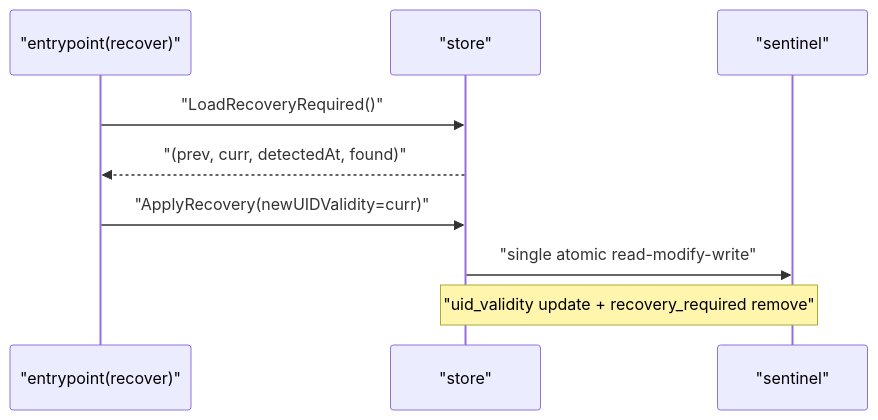
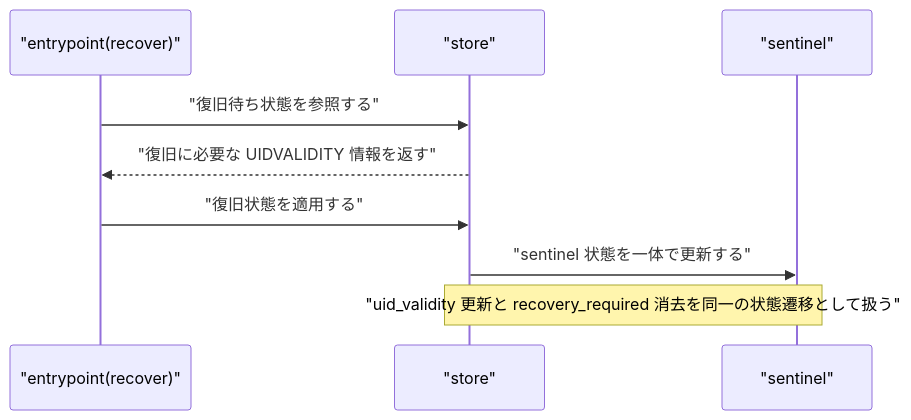
Diagram 15 of 15 in docs/tasks/0040_store/02_architecture.md (isseis/tlsrpt-digest), drawn with Mermaid before and after one commit. The commit also changed other lines of this file, not shown here.

First line of the commit message:
docs(task 0040): refine store architecture design

````diff
--- a/docs/tasks/0040_store/02_architecture.md
+++ b/docs/tasks/0040_store/02_architecture.md
@@ -440,12 +477,12 @@
 ```mermaid
 sequenceDiagram
     participant EP as "entrypoint(recover)"
     participant ST as "store"
     participant SF as "sentinel"
 
-    EP->>ST: "LoadRecoveryRequired()"
-    ST-->>EP: "(prev, curr, detectedAt, found)"
-    EP->>ST: "ApplyRecovery(newUIDValidity=curr)"
-    ST->>SF: "single atomic read-modify-write"
-    Note over ST,SF: "uid_validity update + recovery_required remove"
+    EP->>ST: "復旧待ち状態を参照する"
+    ST-->>EP: "復旧に必要な UIDVALIDITY 情報を返す"
+    EP->>ST: "復旧状態を適用する"
+    ST->>SF: "sentinel 状態を一体で更新する"
+    Note over ST,SF: "uid_validity 更新と recovery_required 消去を同一の状態遷移として扱う"
 ```
````
